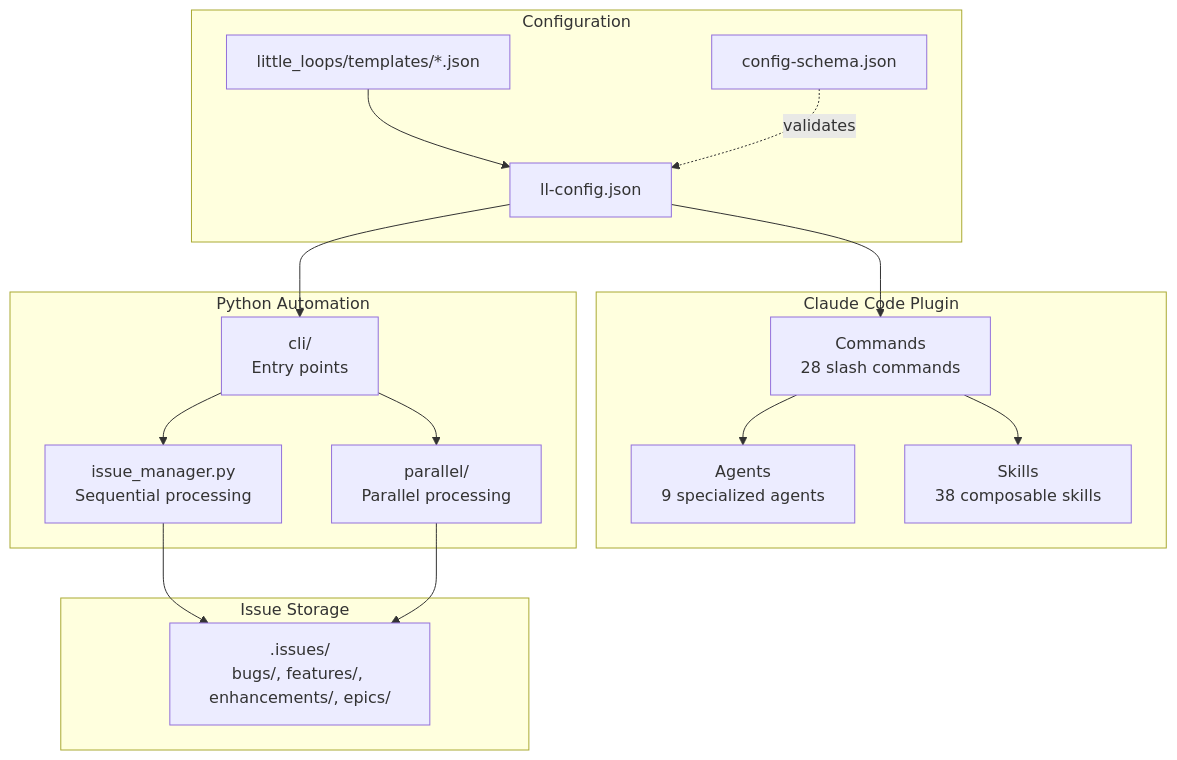
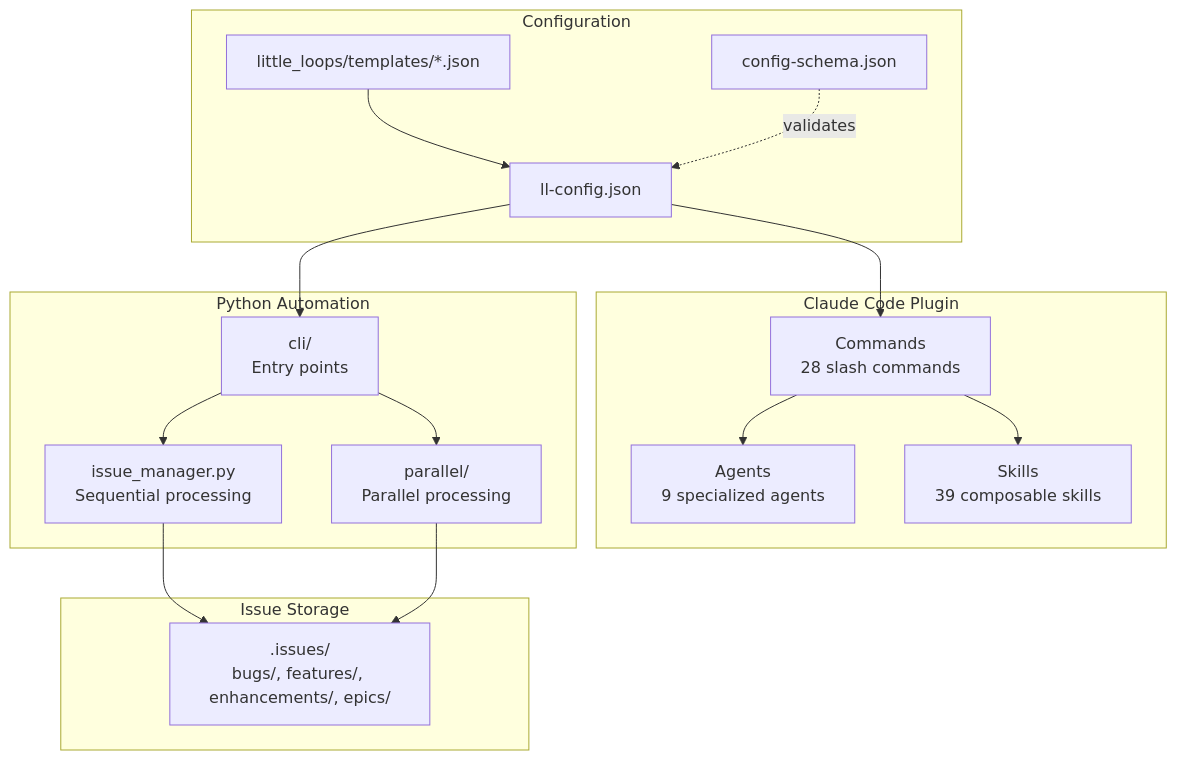
Before and after one commit to BrennonTWilliams/little-loops: the first of 16 diagrams in docs/ARCHITECTURE.md, drawn with Mermaid. The commit also changed other lines of this file and 12 other files, not shown here.

````diff
--- a/docs/ARCHITECTURE.md
+++ b/docs/ARCHITECTURE.md
@@ -21,35 +21,35 @@
 ```mermaid
 flowchart TB
     subgraph "Claude Code Plugin"
         CMD[Commands<br/>28 slash commands]
         AGT[Agents<br/>9 specialized agents]
-        SKL[Skills<br/>38 composable skills]
+        SKL[Skills<br/>39 composable skills]
     end
 
     subgraph "Configuration"
         CFG[ll-config.json]
         SCHEMA[config-schema.json]
         TPL[little_loops/templates/*.json]
     end
 
     subgraph "Python Automation"
         CLI[cli/<br/>Entry points]
         AUTO[issue_manager.py<br/>Sequential processing]
         PARALLEL[parallel/<br/>Parallel processing]
     end
 
     subgraph "Issue Storage"
         ISSUES[.issues/<br/>bugs/, features/, enhancements/, epics/]
     end
 
     CFG --> CMD
     TPL --> CFG
     SCHEMA -.->|validates| CFG
     CFG --> CLI
     CMD --> AGT
     CMD --> SKL
     CLI --> AUTO
     CLI --> PARALLEL
     AUTO --> ISSUES
     PARALLEL --> ISSUES
 ```
````
